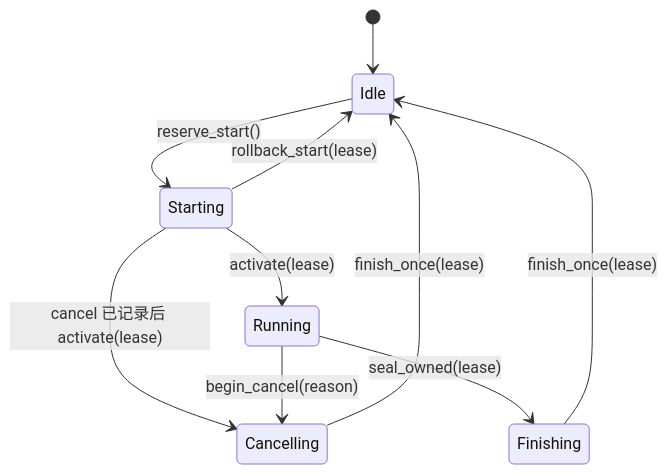
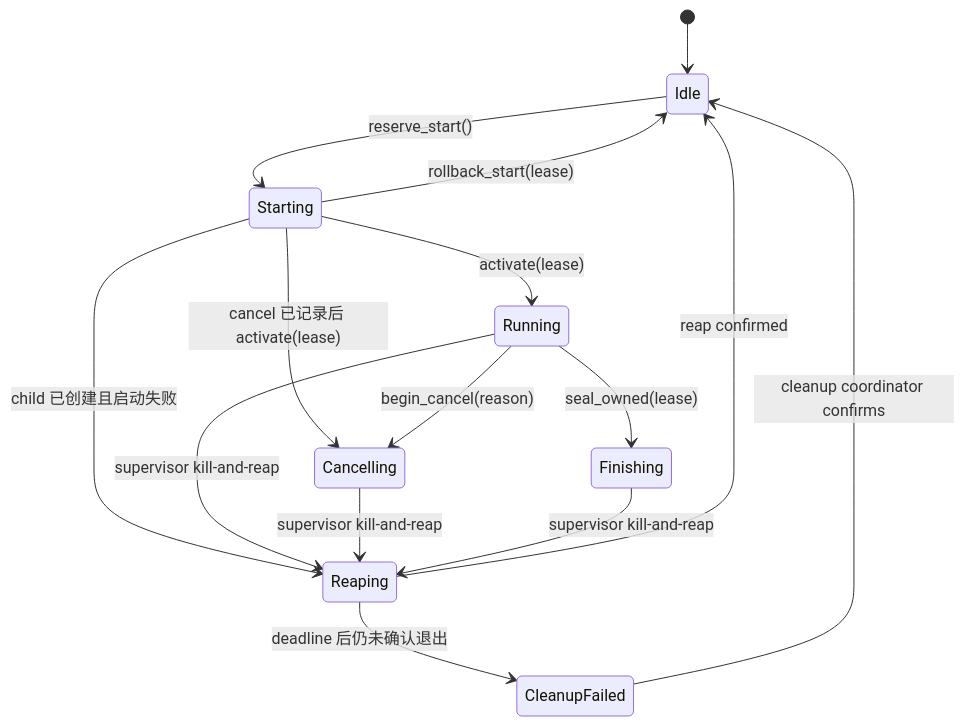
The first of 4 diagrams in docs/07-task-lifecycle.md (youge325/vp), drawn with Mermaid before and after one commit. The commit also changed other lines of this file and 81 other files, not shown here.

````diff
--- a/docs/07-task-lifecycle.md
+++ b/docs/07-task-lifecycle.md
@@ -8,12 +8,17 @@
 ```mermaid
 stateDiagram-v2
     [*] --> Idle
     Idle --> Starting: reserve_start()
     Starting --> Running: activate(lease)
     Starting --> Cancelling: cancel 已记录后 activate(lease)
     Starting --> Idle: rollback_start(lease)
     Running --> Cancelling: begin_cancel(reason)
     Running --> Finishing: seal_owned(lease)
-    Cancelling --> Idle: finish_once(lease)
-    Finishing --> Idle: finish_once(lease)
+    Starting --> Reaping: child 已创建且启动失败
+    Running --> Reaping: supervisor kill-and-reap
+    Cancelling --> Reaping: supervisor kill-and-reap
+    Finishing --> Reaping: supervisor kill-and-reap
+    Reaping --> Idle: reap confirmed
+    Reaping --> CleanupFailed: deadline 后仍未确认退出
+    CleanupFailed --> Idle: cleanup coordinator confirms
 ```
````
